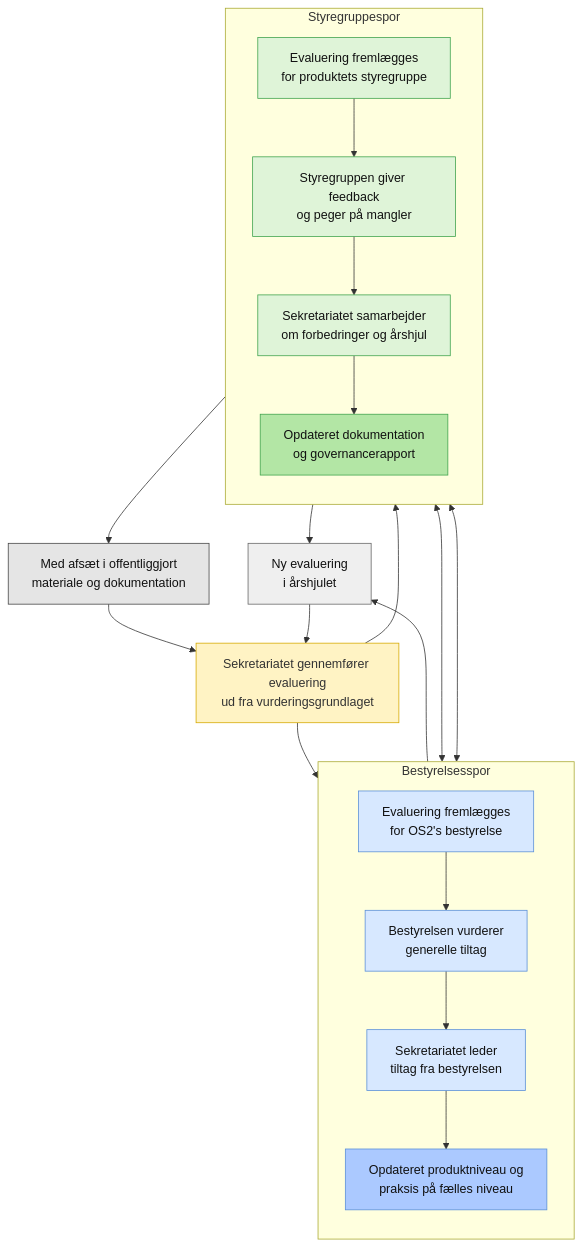
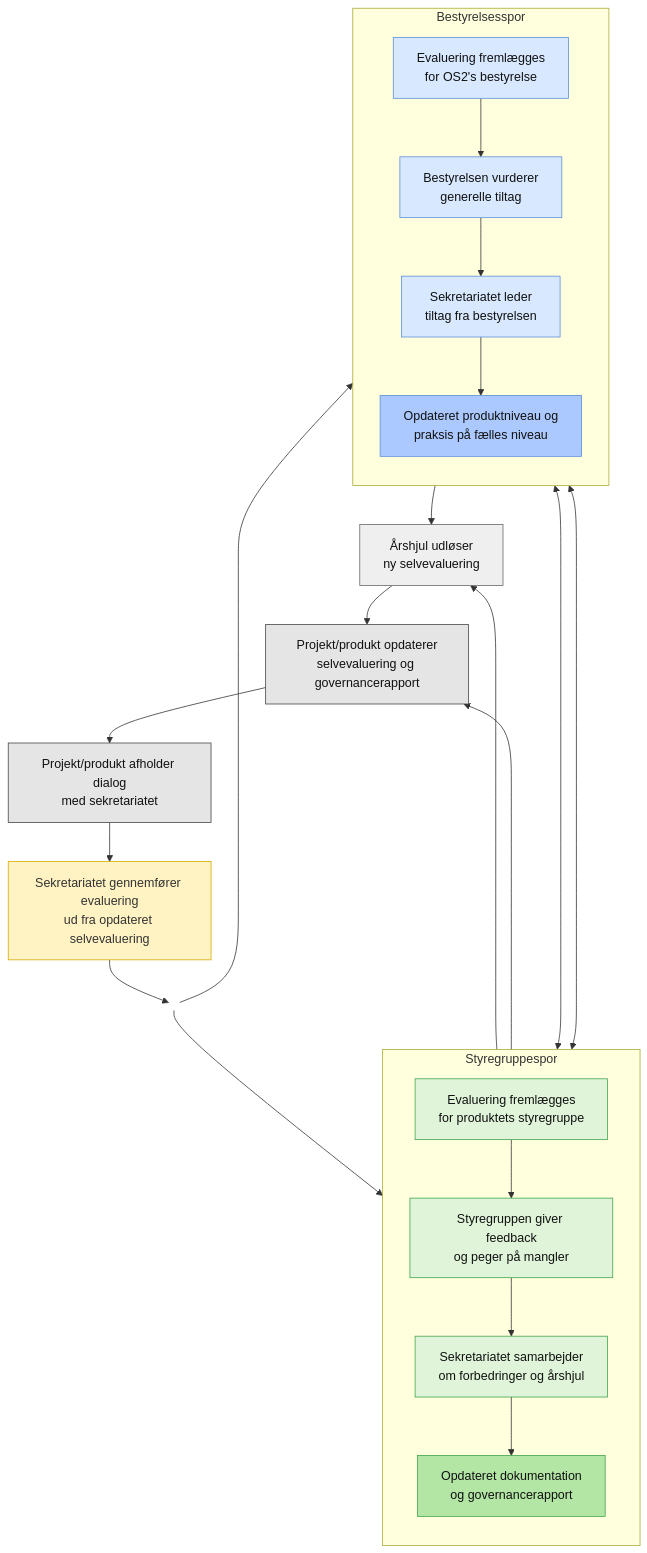
Before and after one commit to OS2offdig/os2-product-reviews: the diagram in docs/audits.md, drawn with Mermaid. The commit also changed other lines of this file, not shown here.

Commit message:
Opdatering til procesbeskrivelsen

````diff
--- a/docs/audits.md
+++ b/docs/audits.md
@@ -19,64 +19,64 @@
 ```mermaid
 flowchart TD
 
 %% --- Styles ---
 classDef start fill:#E5E5E5,stroke:#444,color:#111;
 classDef eval fill:#FFF3C4,stroke:#D6A900,color:#333;
 
 classDef board fill:#D7E8FF,stroke:#5A8FD8,color:#111;
 classDef boardOut fill:#ABC9FF,stroke:#5A8FD8,color:#111;
 
 classDef sg fill:#DFF4D8,stroke:#3FA34D,color:#111;
 classDef sgOut fill:#B3E6A5,stroke:#3FA34D,color:#111;
 
 classDef loop fill:#EFEFEF,stroke:#666,color:#111;
+classDef invisible fill:none,stroke:none;
 
+%% --- Top ---
+A1[Projekt/produkt opdaterer<br/>selvevaluering og governancerapport]:::start
+A2[Projekt/produkt afholder dialog<br/>med sekretariatet]:::start
+B[Sekretariatet gennemfører evaluering<br/>ud fra opdateret selvevaluering]:::eval
 
-%% --- Top: fælles start ---
-A[Med afsæt i offentliggjort<br/>materiale og dokumentation]:::start
-B[Sekretariatet gennemfører evaluering<br/>ud fra vurderingsgrundlaget]:::eval
+A1 --> A2 --> B
 
-A --> B
+%% --- Layout control ---
+X(( )):::invisible
+B --> X
 
-%% --- Lanes via subgraphs ---
-subgraph L[Bestyrelsesspor]
+%% --- Lanes ---
+subgraph L[Styregruppespor]
 direction TB
-C1[Evaluering fremlægges<br/>for OS2's bestyrelse]:::board
-D1[Bestyrelsen vurderer<br/>generelle tiltag]:::board
-E1[Sekretariatet leder<br/>tiltag fra bestyrelsen]:::board
-F1[Opdateret produktniveau og<br/>praksis på fælles niveau]:::boardOut
+C1[Evaluering fremlægges<br/>for produktets styregruppe]:::sg
+D1[Styregruppen giver feedback<br/>og peger på mangler]:::sg
+E1[Sekretariatet samarbejder<br/>om forbedringer og årshjul]:::sg
+F1[Opdateret dokumentation<br/>og governancerapport]:::sgOut
 end
 
-subgraph R[Styregruppespor]
+subgraph R[Bestyrelsesspor]
 direction TB
-C2[Evaluering fremlægges<br/>for produktets styregruppe]:::sg
-D2[Styregruppen giver feedback<br/>og peger på mangler]:::sg
-E2[Sekretariatet samarbejder<br/>om forbedringer og årshjul]:::sg
-F2[Opdateret dokumentation<br/>og governancerapport]:::sgOut
+C2[Evaluering fremlægges<br/>for OS2's bestyrelse]:::board
+D2[Bestyrelsen vurderer<br/>generelle tiltag]:::board
+E2[Sekretariatet leder<br/>tiltag fra bestyrelsen]:::board
+F2[Opdateret produktniveau og<br/>praksis på fælles niveau]:::boardOut
 end
 
-%% --- Flows for sporene ---
-B --> C1
-B --> C2
+%% --- Force layout ---
+X --> C1
+X --> C2
 
-C1 --> D1
-C2 --> D2
-
-D1 --> E1
-D2 --> E2
-
-E1 --> F1
-E2 --> F2
+%% --- Flows ---
+C1 --> D1 --> E1 --> F1
+C2 --> D2 --> E2 --> F2
 
 %% --- Cross-links ---
 D1 <---> D2
 E1 <---> E2
 
-%% --- Bottom loop ---
-G[Ny evaluering<br/>i årshjulet]:::loop
+%% --- Loop ---
+G[Årshjul udløser<br/>ny selvevaluering]:::loop
 
 F1 --> G
 F2 --> G
-G --> B
-F2 --> A
+G --> A1
+F1 --> A1
 ```
````
